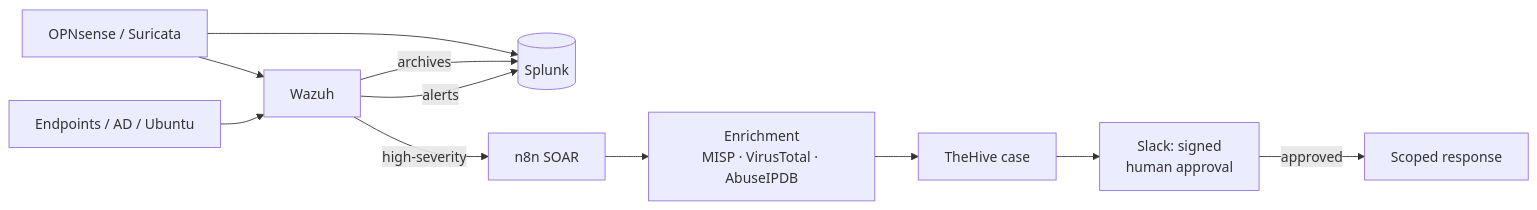
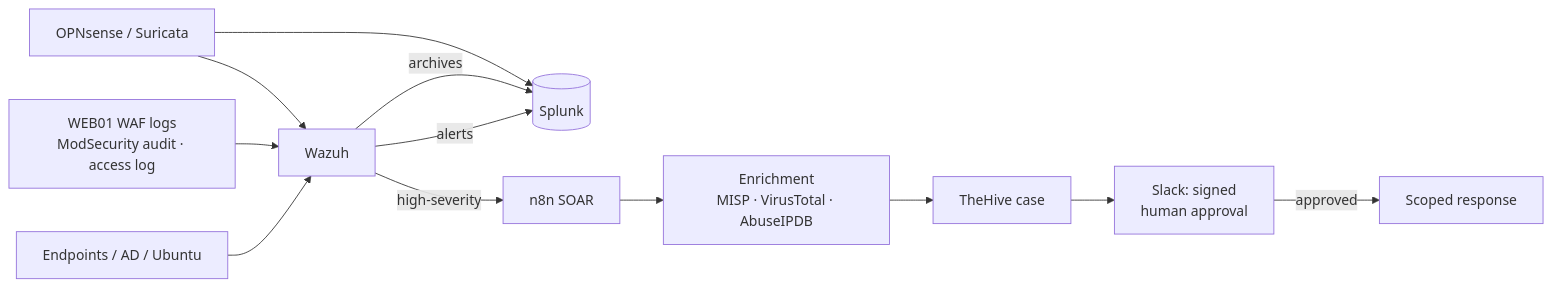
Before and after one commit to dotslashtag/cyber-defense-lab: the diagram in docs/lab/architecture.md, drawn with Mermaid. The commit also changed other lines of this file, not shown here.

First line of the commit message:
Docs(architecture): add WEB01, WAF data flow and the 2026-11-09 hardening

````diff
--- a/docs/lab/architecture.md
+++ b/docs/lab/architecture.md
@@ -32,13 +45,14 @@
 ```mermaid
 flowchart LR
     E[Endpoints / AD / Ubuntu] --> W[Wazuh]
+    WAF[WEB01 WAF logs<br/>ModSecurity audit · access log] --> W
     W -- alerts --> S[(Splunk)]
     W -- archives --> S
     W -- high-severity --> N[n8n SOAR]
     N --> EN[Enrichment<br/>MISP · VirusTotal · AbuseIPDB]
     EN --> T[TheHive case]
     T --> SL[Slack: signed<br/>human approval]
     SL -- approved --> R[Scoped response]
     O[OPNsense / Suricata] --> W
     O --> S
 ```
````
